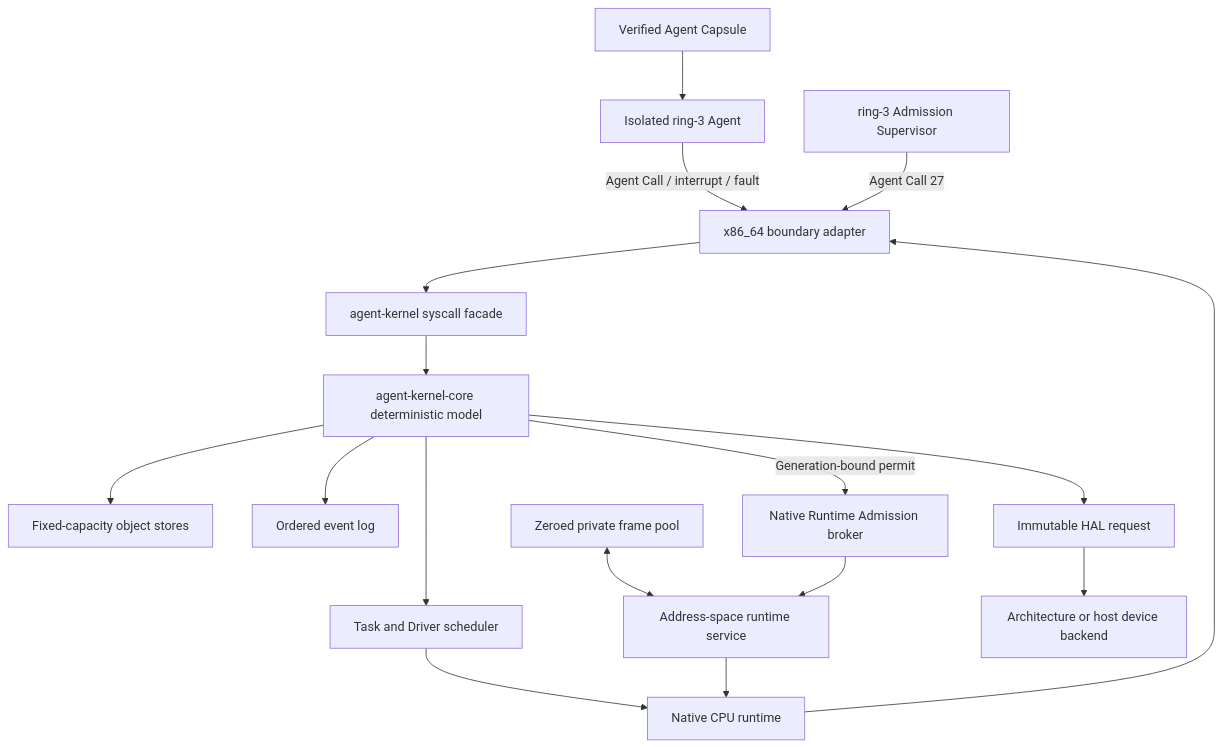
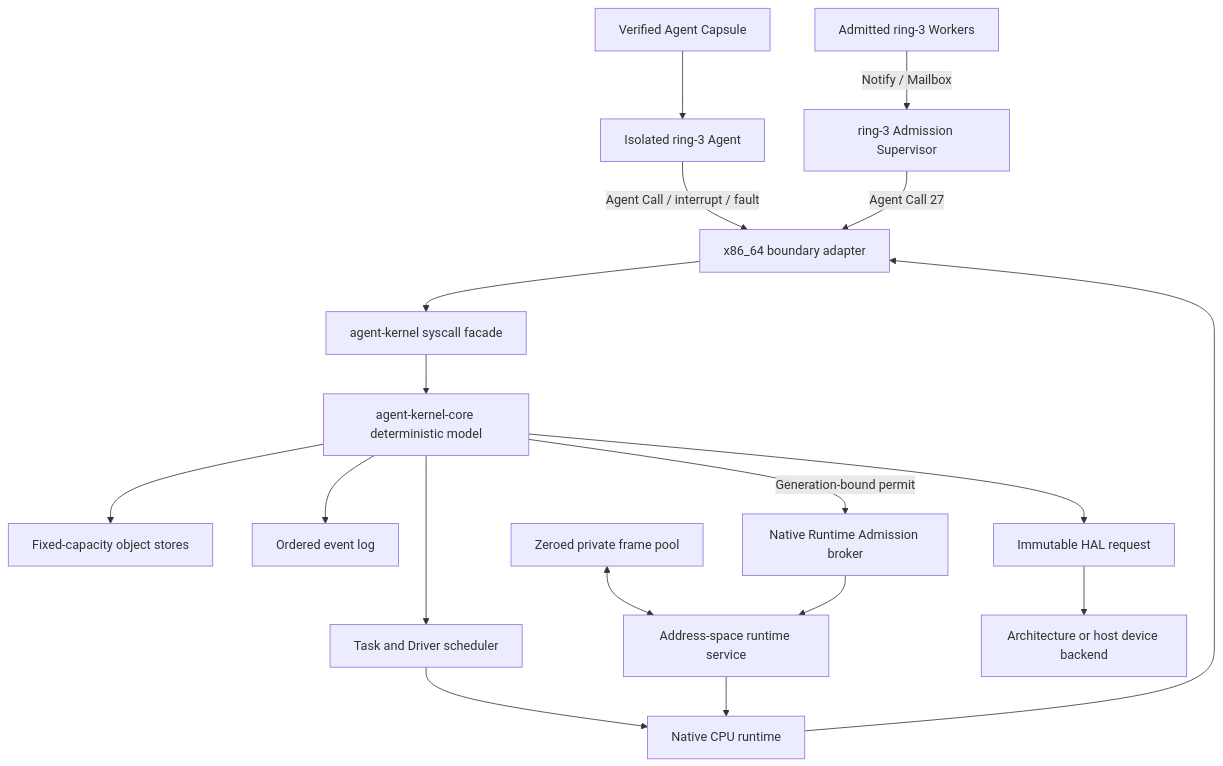
Before and after one commit to Evan-master/agent-kernel: the diagram in README.md, drawn with Mermaid. The commit also changed other lines of this file and 3 other files, not shown here.

````diff
--- a/README.md
+++ b/README.md
@@ -139,19 +146,20 @@
 ```mermaid
 flowchart TB
     Capsule["Verified Agent Capsule"] --> Ring3["Isolated ring-3 Agent"]
     Ring3 -->|"Agent Call / interrupt / fault"| X86["x86_64 boundary adapter"]
     X86 --> Facade["agent-kernel syscall facade"]
     Facade --> Core["agent-kernel-core deterministic model"]
     Core --> Stores["Fixed-capacity object stores"]
     Core --> Events["Ordered event log"]
     Core --> Scheduler["Task and Driver scheduler"]
     Scheduler --> Runtime["Native CPU runtime"]
     Runtime --> X86
     FramePool["Zeroed private frame pool"] <--> AddressService["Address-space runtime service"]
     Broker["Native Runtime Admission broker"] --> AddressService
     Core -->|"Generation-bound permit"| Broker
     AddressService --> Runtime
     Core --> HAL["Immutable HAL request"]
     HAL --> Device["Architecture or host device backend"]
     Supervisor["ring-3 Admission Supervisor"] -->|"Agent Call 27"| X86
+    Workers["Admitted ring-3 Workers"] -->|"Notify / Mailbox"| Supervisor
 ```
````
